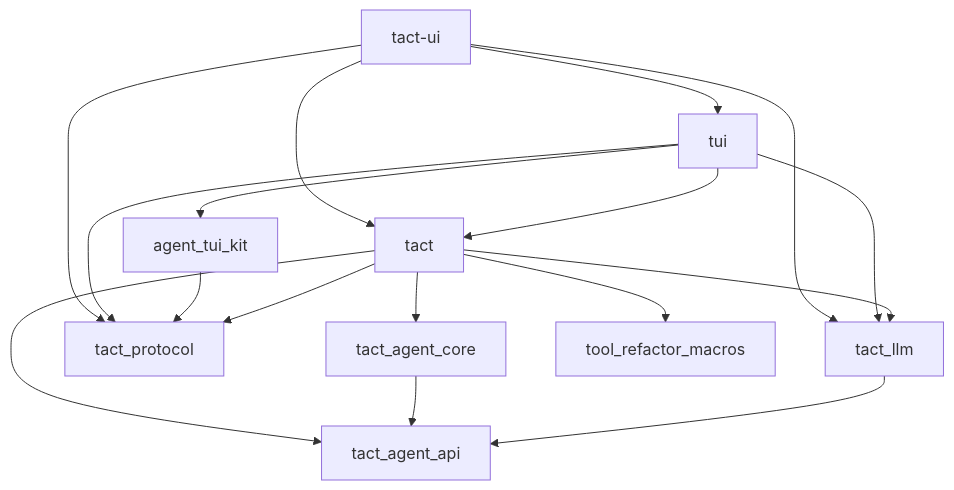
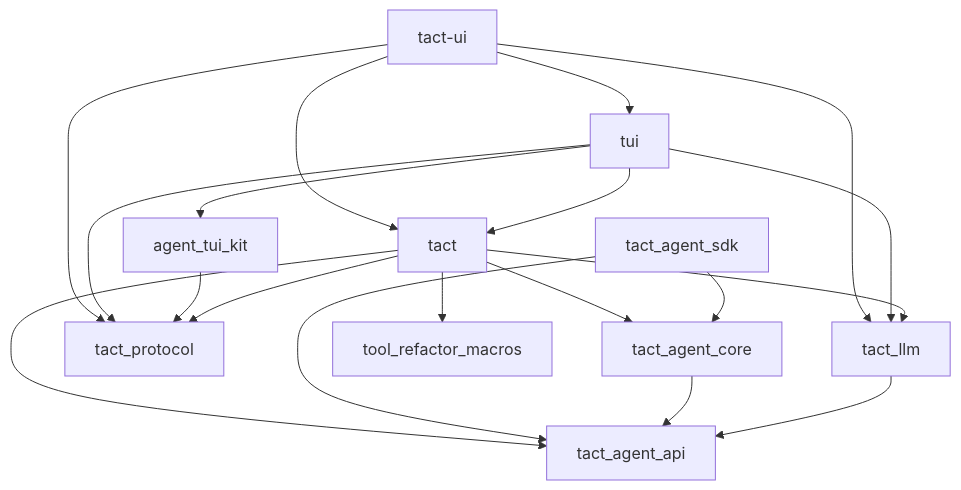
Before and after one commit to rust-infra/tact: the first of 10 diagrams in ARCHITECTURE.md, drawn with Mermaid. The commit also changed other lines of this file and 36 other files, not shown here.

Commit message:
feat(agent): add embeddable agent SDK facade

````diff
--- a/ARCHITECTURE.md
+++ b/ARCHITECTURE.md
@@ -27,19 +28,21 @@
 ```mermaid
 flowchart TB
     tact_ui["tact-ui"] --> tact
     tact_ui --> tui
     tact_ui --> tact_llm
     tact_ui --> tact_protocol
     tui --> agent_tui_kit
     tui --> tact
     tui --> tact_llm
     tui --> tact_protocol
     agent_tui_kit --> tact_protocol
     tact --> tact_agent_api["tact_agent_api"]
     tact --> tact_agent_core["tact_agent_core"]
     tact --> tact_llm
     tact --> tact_protocol
     tact --> tool_refactor_macros
+    tact_agent_sdk["tact_agent_sdk"] --> tact_agent_api["tact_agent_api"]
+    tact_agent_sdk --> tact_agent_core["tact_agent_core"]
     tact_agent_core --> tact_agent_api
     tact_llm --> tact_agent_api
 ```
````
